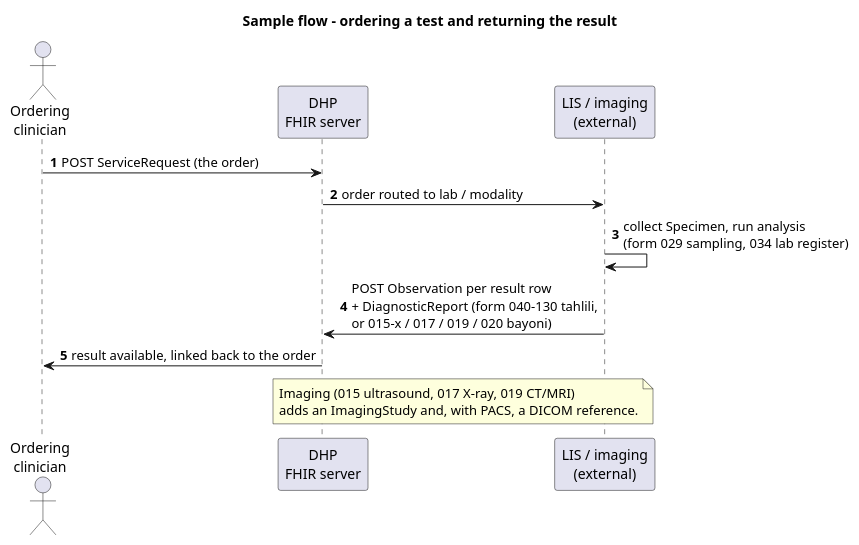
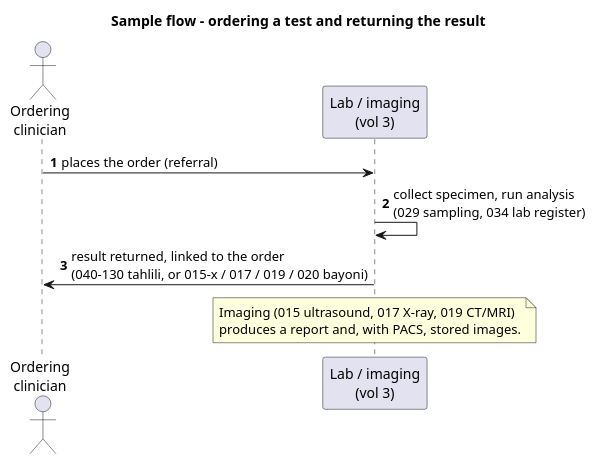
The diagram in input/images-source/forms-vol03-flow.plantuml (uzinfocom-org/digital-health-integration), drawn with PlantUML before and after one commit. The commit also changed 12 other files, not shown here.

Commit message:
strip FHIR mappings from volume diagrams

```diff
--- a/input/images-source/forms-vol03-flow.plantuml
+++ b/input/images-source/forms-vol03-flow.plantuml
@@ -1,19 +1,16 @@
 @startuml forms-vol03-flow
 title Sample flow - ordering a test and returning the result
 autonumber
 
 actor "Ordering\nclinician" as DR
-participant "DHP\nFHIR server" as DHP
-participant "LIS / imaging\n(external)" as LIS
+participant "Lab / imaging\n(vol 3)" as LIS
 
-DR -> DHP : POST ServiceRequest (the order)
-DHP -> LIS : order routed to lab / modality
-LIS -> LIS : collect Specimen, run analysis\n(form 029 sampling, 034 lab register)
-LIS -> DHP : POST Observation per result row\n+ DiagnosticReport (form 040-130 tahlili,\nor 015-x / 017 / 019 / 020 bayoni)
-DHP -> DR : result available, linked back to the order
+DR -> LIS : places the order (referral)
+LIS -> LIS : collect specimen, run analysis\n(029 sampling, 034 lab register)
+LIS -> DR : result returned, linked to the order\n(040-130 tahlili, or 015-x / 017 / 019 / 020 bayoni)
 
-note over LIS, DHP
+note over LIS
   Imaging (015 ultrasound, 017 X-ray, 019 CT/MRI)
-  adds an ImagingStudy and, with PACS, a DICOM reference.
+  produces a report and, with PACS, stored images.
 end note
 @enduml
```
